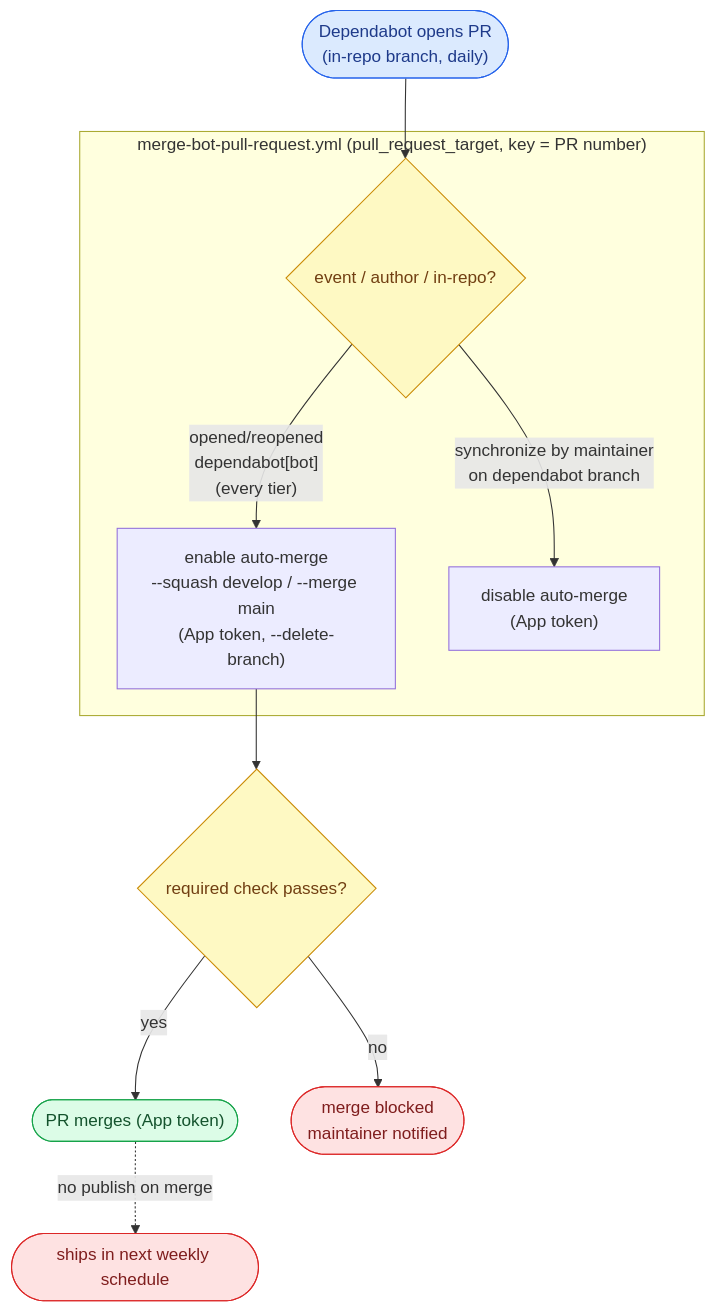
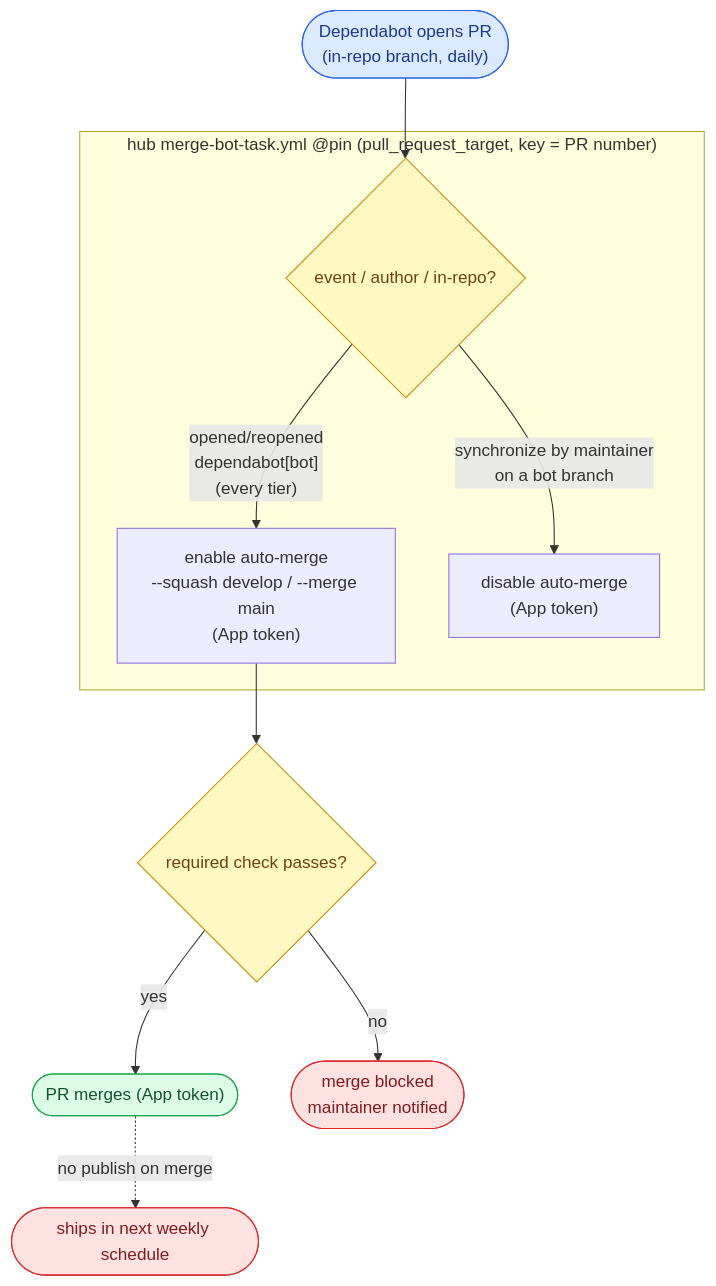
Before and after one commit to ptr727/PlexCleaner: the third of 3 diagrams in WORKFLOW.md, drawn with Mermaid. The commit also changed other lines of this file and 11 other files, not shown here.

````diff
--- a/WORKFLOW.md
+++ b/WORKFLOW.md
@@ -258,17 +286,17 @@
 ```mermaid
 flowchart TD
     DEP(["Dependabot opens PR<br/>(in-repo branch, daily)"]):::trig --> MB
-    subgraph MBT ["merge-bot-pull-request.yml (pull_request_target, key = PR number)"]
+    subgraph MBT ["hub merge-bot-task.yml @pin (pull_request_target, key = PR number)"]
         MB{"event / author / in-repo?"}:::gate
-        MB -- "opened/reopened<br/>dependabot[bot]<br/>(every tier)" --> EN["enable auto-merge<br/>--squash develop / --merge main<br/>(App token, --delete-branch)"]
-        MB -- "synchronize by maintainer<br/>on dependabot branch" --> DIS["disable auto-merge<br/>(App token)"]
+        MB -- "opened/reopened<br/>dependabot[bot]<br/>(every tier)" --> EN["enable auto-merge<br/>--squash develop / --merge main<br/>(App token)"]
+        MB -- "synchronize by maintainer<br/>on a bot branch" --> DIS["disable auto-merge<br/>(App token)"]
     end
     EN --> CK{"required check passes?"}:::gate
     CK -- "yes" --> MRG(["PR merges (App token)"]):::pub
     CK -- "no" --> BLK(["merge blocked<br/>maintainer notified"]):::stop
     MRG -. "no publish on merge" .-> NEXT(["ships in next weekly schedule"]):::stop
     classDef trig fill:#dbeafe,stroke:#2563eb,color:#1e3a8a
     classDef gate fill:#fef9c3,stroke:#ca8a04,color:#713f12
     classDef pub fill:#dcfce7,stroke:#16a34a,color:#14532d
     classDef stop fill:#fee2e2,stroke:#dc2626,color:#7f1d1d
 ```
````
